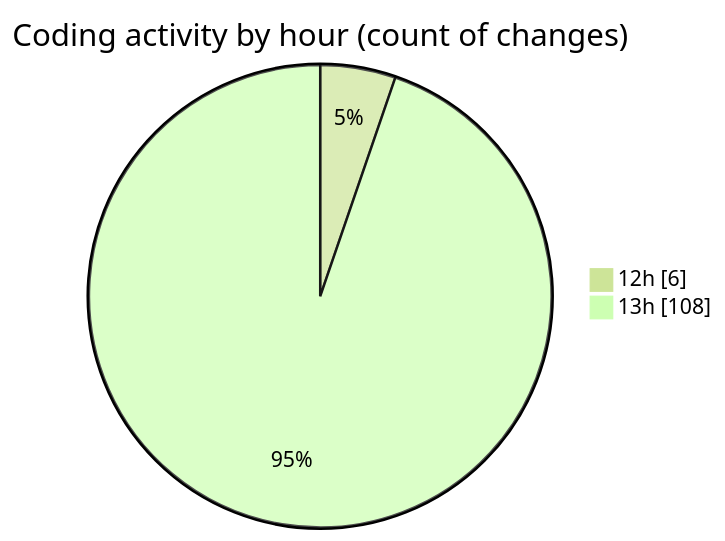
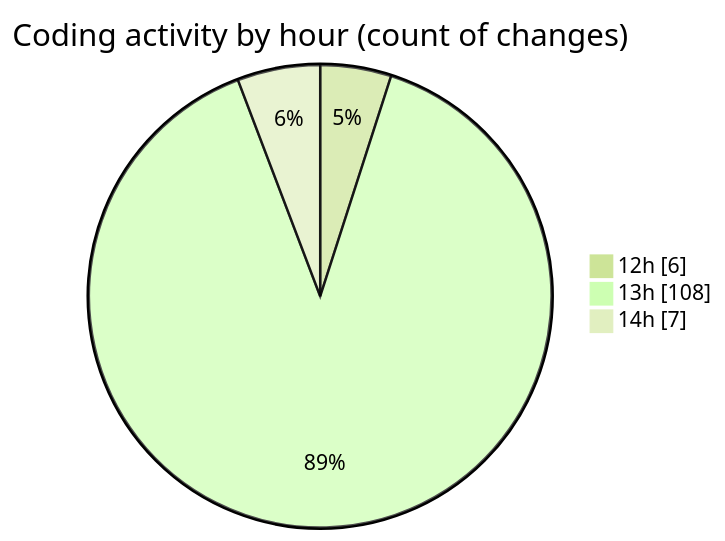
Before and after one commit to Ritupan-Deka/code-tracking: the second of 2 diagrams in 2025-10-19/typescript/README.md, drawn with Mermaid (forest theme). The commit also changed other lines of this file and 1 other file, not shown here.

````diff
--- a/2025-10-19/typescript/README.md
+++ b/2025-10-19/typescript/README.md
@@ -29,6 +29,7 @@
 ```mermaid
 pie showData
 title Coding activity by hour (count of changes)
 "12h" : 6
 "13h" : 108
+"14h" : 7
 ```
````
